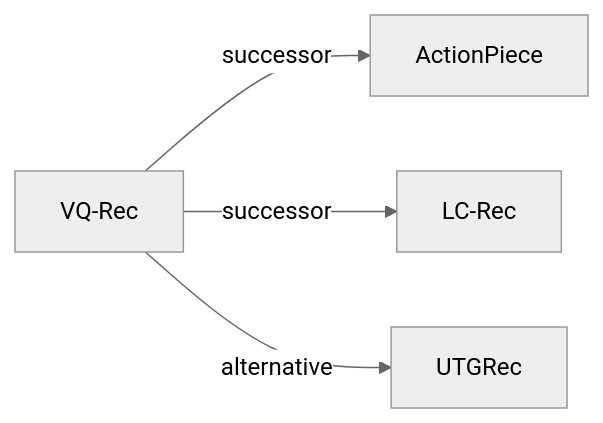
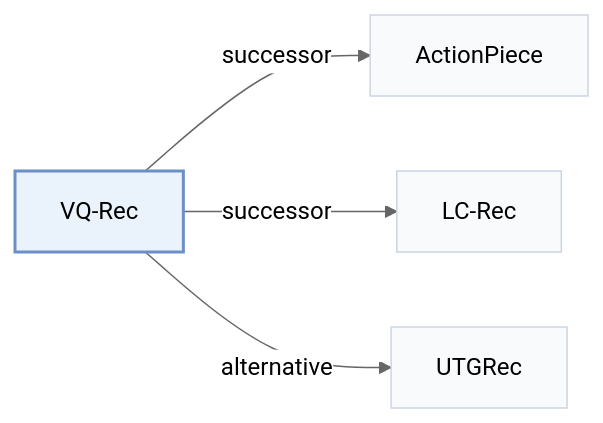
One commit to Galaxy-ghost/Awesome-SID-Generative-Rec changed the third of 3 diagrams in pages/papers/vq-rec.md. Above: the diagram before and after it, drawn with Mermaid (neutral theme). The commit also changed other lines of this file and 649 other files, not shown here.

Commit message:
writer-05: also tags and modality index (schema, check, build, visuals); summary field removed; calibration data for 12 papers

````diff
--- a/pages/papers/vq-rec.md
+++ b/pages/papers/vq-rec.md
@@ -136,7 +142,11 @@
 ```mermaid
 flowchart LR
     P["VQ-Rec"]
-    P -->|successor| A["ActionPiece"]
-    P -->|successor| B["LC-Rec"]
-    P -->|alternative| C["UTGRec"]
+    P -->|"successor"| A["ActionPiece"]
+    P -->|"successor"| B["LC-Rec"]
+    P -->|"alternative"| C["UTGRec"]
+    classDef main fill:#eaf2fb,stroke:#6b8fc7,stroke-width:2px
+    classDef peer fill:#f8fafc,stroke:#cbd5e1
+    class P main
+    class A,B,C peer
 ```
````
